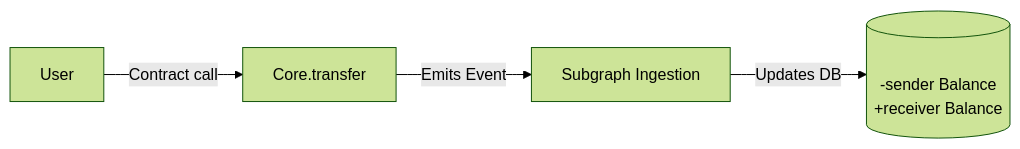
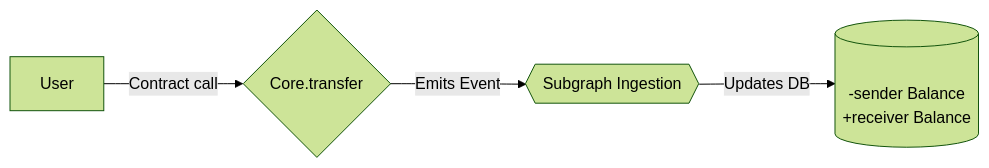
The second of 2 diagrams in docs/intro/layers/user-interaction.md (poolshark-protocol/docs), drawn with Mermaid (forest theme) before and after one commit. The commit also changed other lines of this file, not shown here.

Commit message:
changed shapes on diagram

````diff
--- a/docs/intro/layers/user-interaction.md
+++ b/docs/intro/layers/user-interaction.md
@@ -35,6 +35,6 @@
     ```mermaid
     graph LR
-        A[User] -->|Contract call| B[Core.transfer];
-        B -->|Emits Event| C[Subgraph Ingestion];
+        A[User] -->|Contract call| B{Core.transfer};
+        B -->|Emits Event| C{{Subgraph Ingestion}};
         C -->|Updates DB| D[(<br/>-sender Balance<br/>+receiver Balance)];
     ```
````
